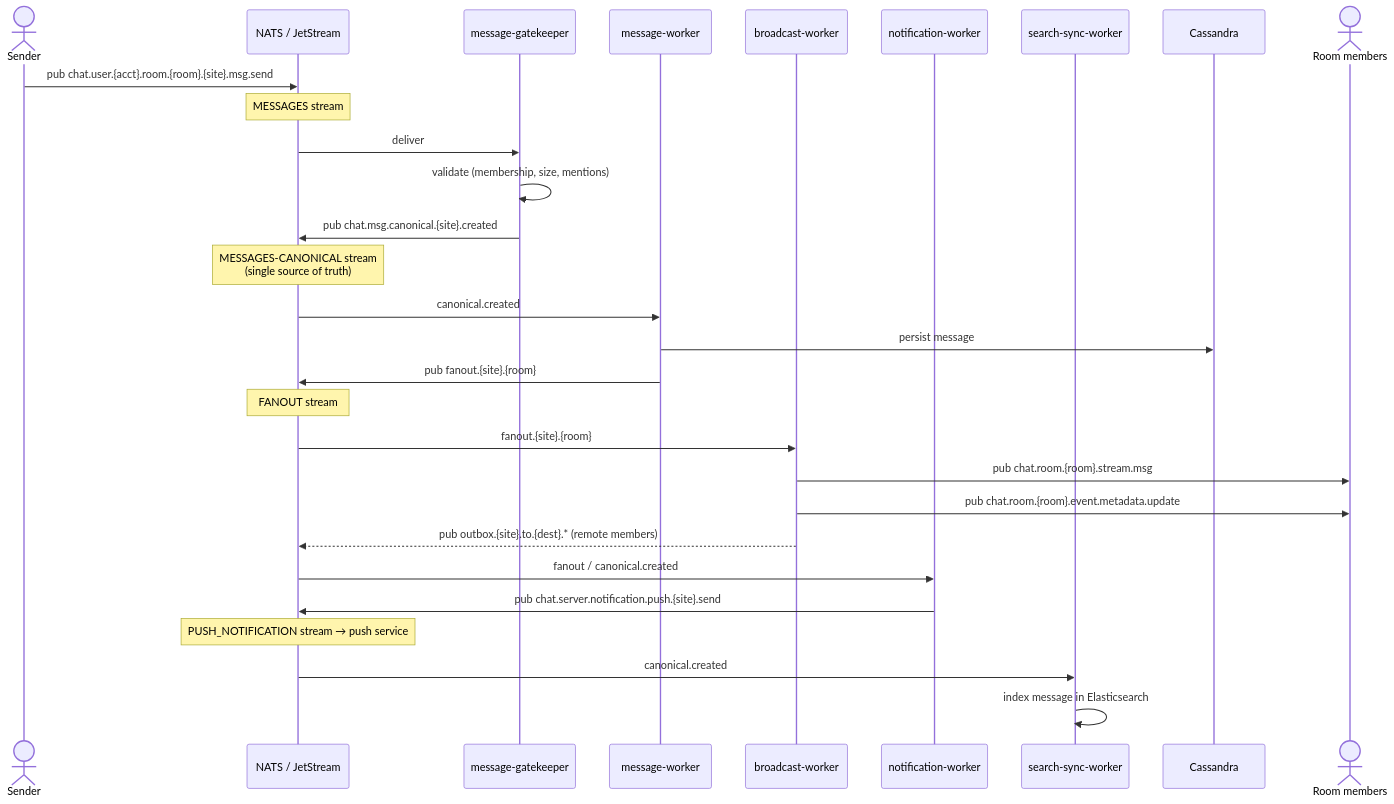
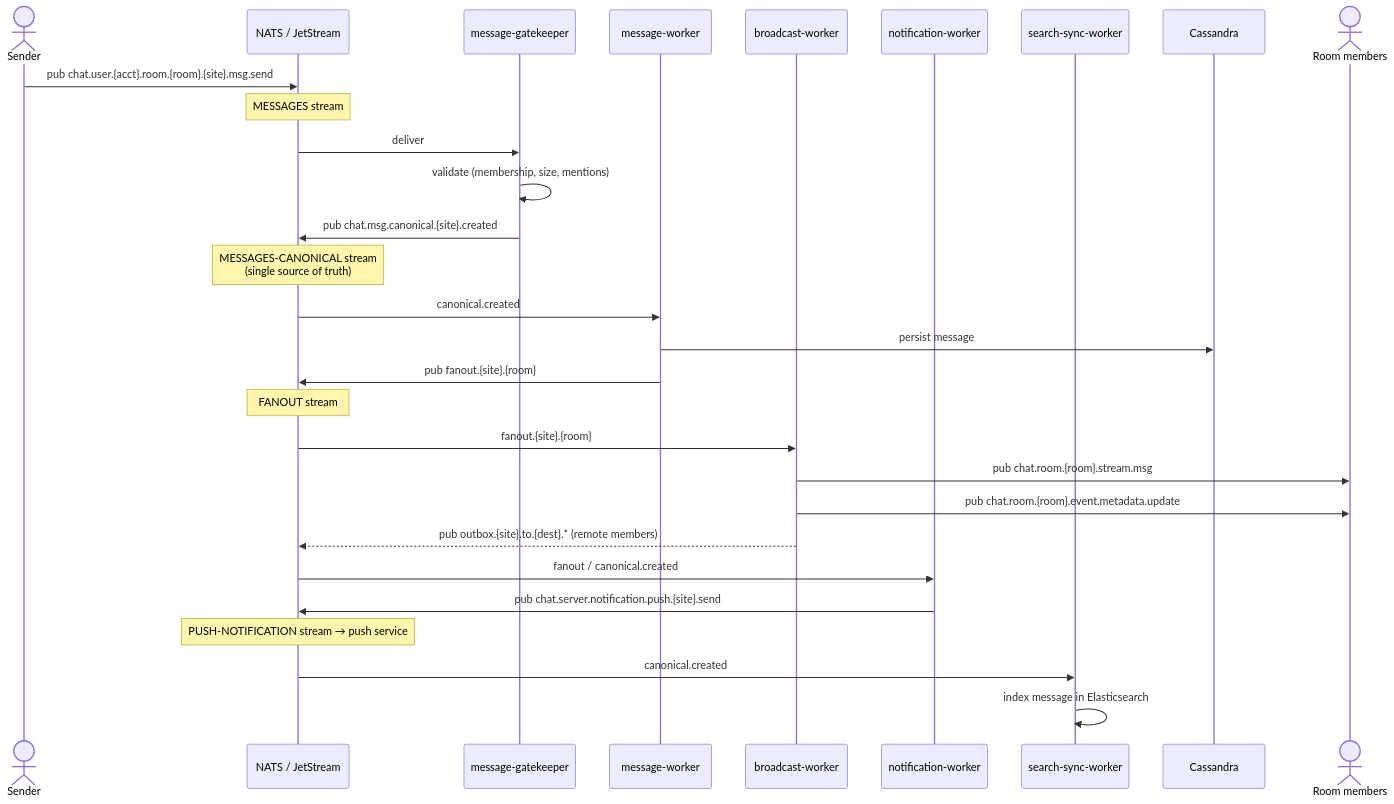
The third of 5 diagrams in docs/architecture.md (hmchangw/newchat), drawn with Mermaid before and after one commit. The commit also changed other lines of this file and 14 other files, not shown here.

````diff
--- a/docs/architecture.md
+++ b/docs/architecture.md
@@ -152,36 +152,36 @@
 ```mermaid
 sequenceDiagram
     actor Sender
     participant NATS as NATS / JetStream
     participant GK as message-gatekeeper
     participant MW as message-worker
     participant BW as broadcast-worker
     participant NW as notification-worker
     participant SS as search-sync-worker
     participant Cass as Cassandra
     actor Members as Room members
 
     Sender->>NATS: pub chat.user.{acct}.room.{room}.{site}.msg.send
     Note over NATS: MESSAGES stream
     NATS->>GK: deliver
     GK->>GK: validate (membership, size, mentions)
     GK->>NATS: pub chat.msg.canonical.{site}.created
     Note over NATS: MESSAGES-CANONICAL stream<br/>(single source of truth)
 
     NATS->>MW: canonical.created
     MW->>Cass: persist message
     MW->>NATS: pub fanout.{site}.{room}
     Note over NATS: FANOUT stream
 
     NATS->>BW: fanout.{site}.{room}
     BW->>Members: pub chat.room.{room}.stream.msg
     BW->>Members: pub chat.room.{room}.event.metadata.update
     BW-->>NATS: pub outbox.{site}.to.{dest}.* (remote members)
 
     NATS->>NW: fanout / canonical.created
     NW->>NATS: pub chat.server.notification.push.{site}.send
-    Note over NATS: PUSH_NOTIFICATION stream → push service
+    Note over NATS: PUSH-NOTIFICATION stream → push service
 
     NATS->>SS: canonical.created
     SS->>SS: index message in Elasticsearch
 ```
````
